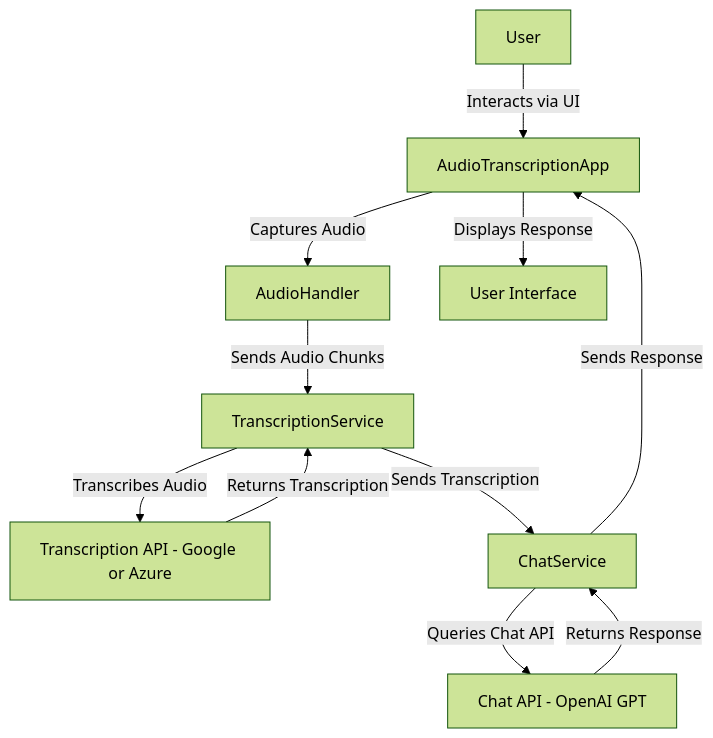
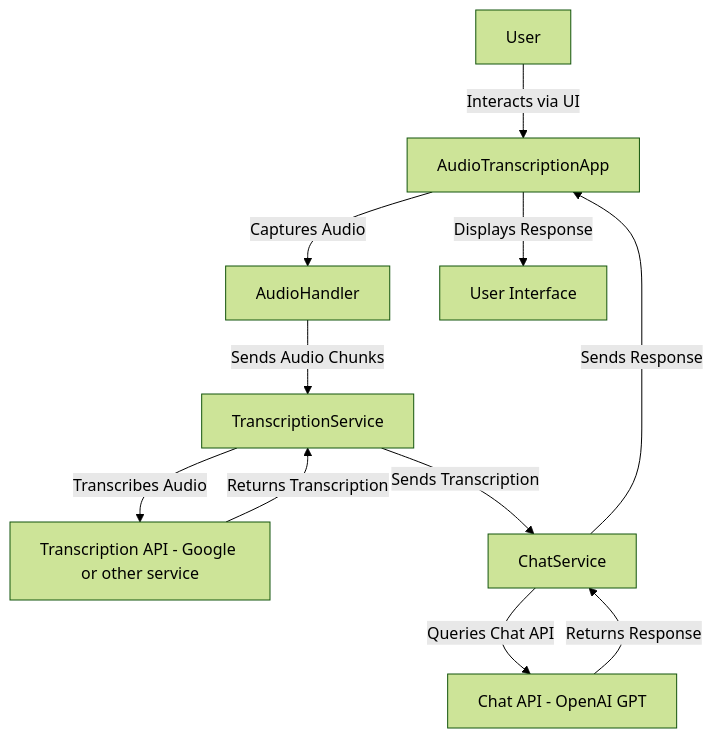
The diagram in README.md (mfenerich/SpeechFlow), drawn with Mermaid (forest theme) before and after one commit.

Commit message:
Update README to clarify transcription service options in workflow diagram

````diff
--- a/README.md
+++ b/README.md
@@ -153,13 +153,13 @@
 ```mermaid
 graph TD
     A[User] -->|Interacts via UI| B[AudioTranscriptionApp]
     B -->|Captures Audio| C[AudioHandler]
     C -->|Sends Audio Chunks| D[TranscriptionService]
-    D -->|Transcribes Audio| E[Transcription API - Google or Azure]
+    D -->|Transcribes Audio| E[Transcription API - Google or other service]
     E -->|Returns Transcription| D
     D -->|Sends Transcription| F[ChatService]
     F -->|Queries Chat API| G[Chat API - OpenAI GPT]
     G -->|Returns Response| F
     F -->|Sends Response| B
     B -->|Displays Response| H[User Interface]
 ```
````
